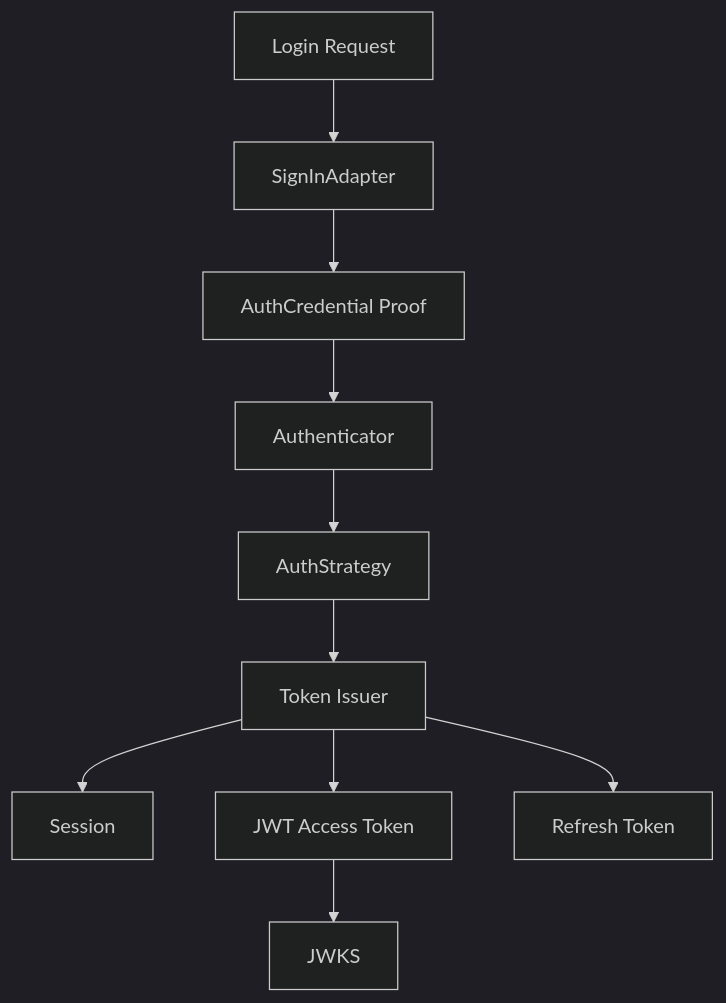
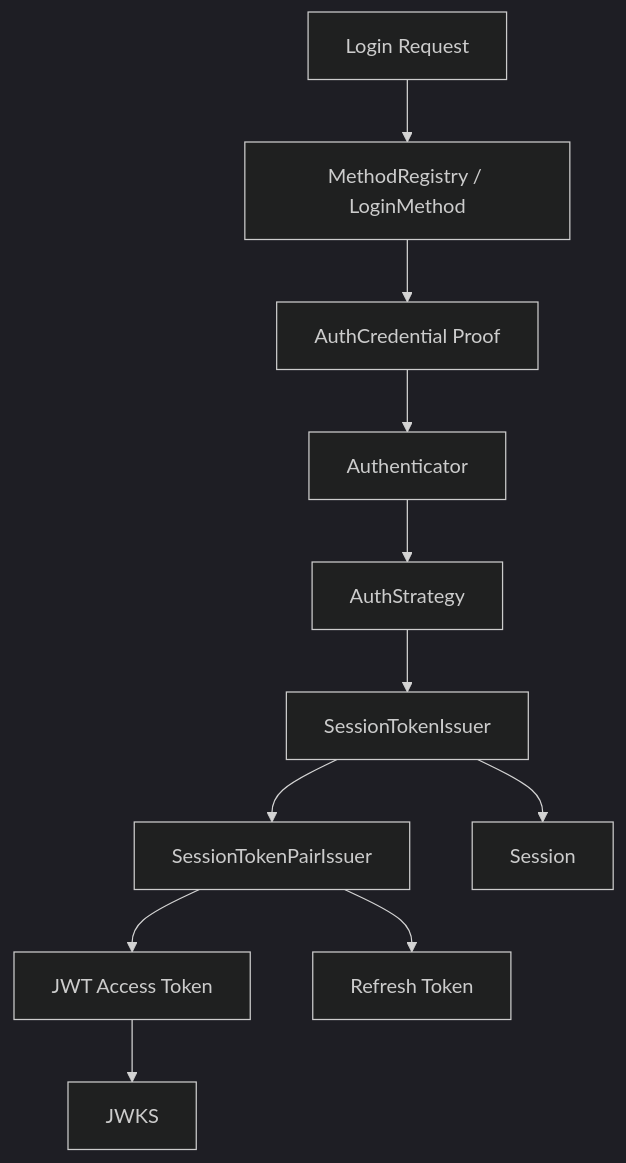
Before and after one commit to FangcunMount/iam: the eighth of 11 diagrams in docs/00-概览/01-系统架构总览.md, drawn with Mermaid (dark theme). The commit also changed other lines of this file and 18 other files, not shown here.

````diff
--- a/docs/00-概览/01-系统架构总览.md
+++ b/docs/00-概览/01-系统架构总览.md
@@ -474,23 +476,25 @@
 ```mermaid
 flowchart TD
     Request["Login Request"]
-    Adapter["SignInAdapter"]
+    Registry["MethodRegistry / LoginMethod"]
     Proof["AuthCredential Proof"]
     Authenticator["Authenticator"]
     Strategy["AuthStrategy"]
-    TokenIssuer["Token Issuer"]
+    SessionIssuer["SessionTokenIssuer"]
+    PairIssuer["SessionTokenPairIssuer"]
     Session["Session"]
     JWT["JWT Access Token"]
     Refresh["Refresh Token"]
     JWKS["JWKS"]
 
-    Request --> Adapter
-    Adapter --> Proof
+    Request --> Registry
+    Registry --> Proof
     Proof --> Authenticator
     Authenticator --> Strategy
-    Strategy --> TokenIssuer
-    TokenIssuer --> Session
-    TokenIssuer --> JWT
-    TokenIssuer --> Refresh
+    Strategy --> SessionIssuer
+    SessionIssuer --> Session
+    SessionIssuer --> PairIssuer
+    PairIssuer --> JWT
+    PairIssuer --> Refresh
     JWT --> JWKS
 ```
````
